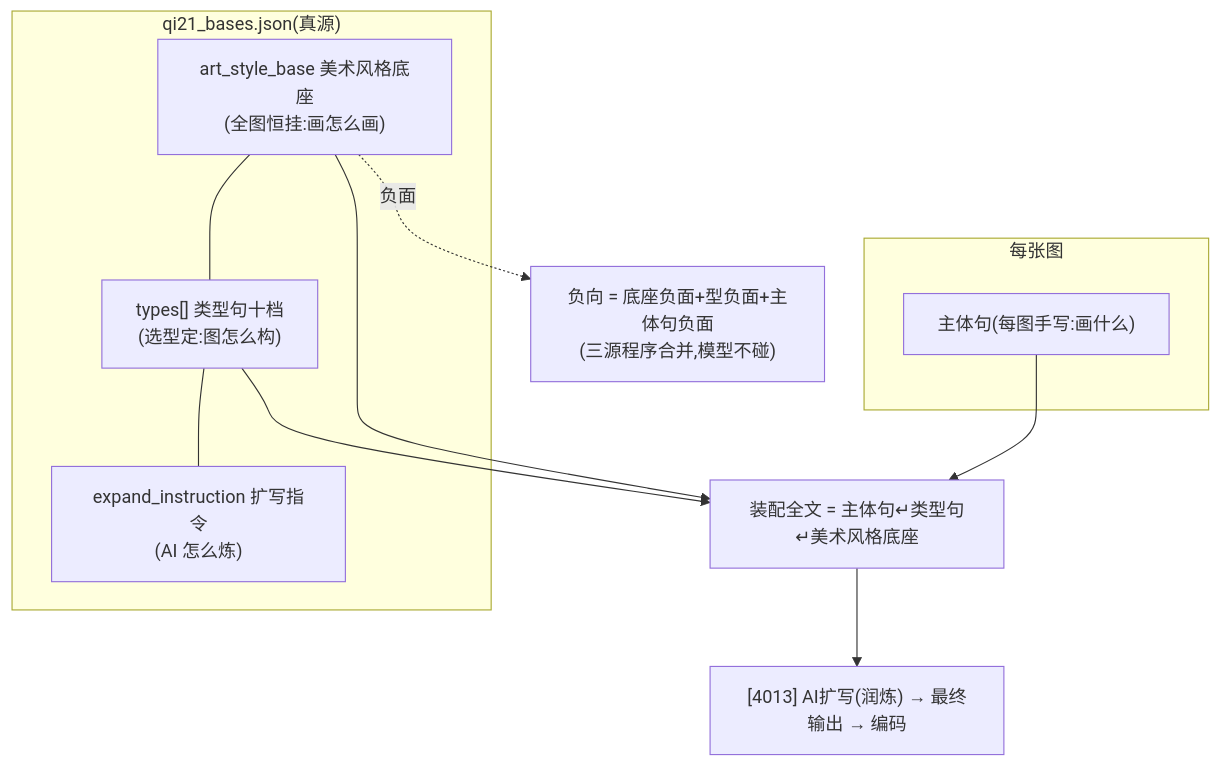
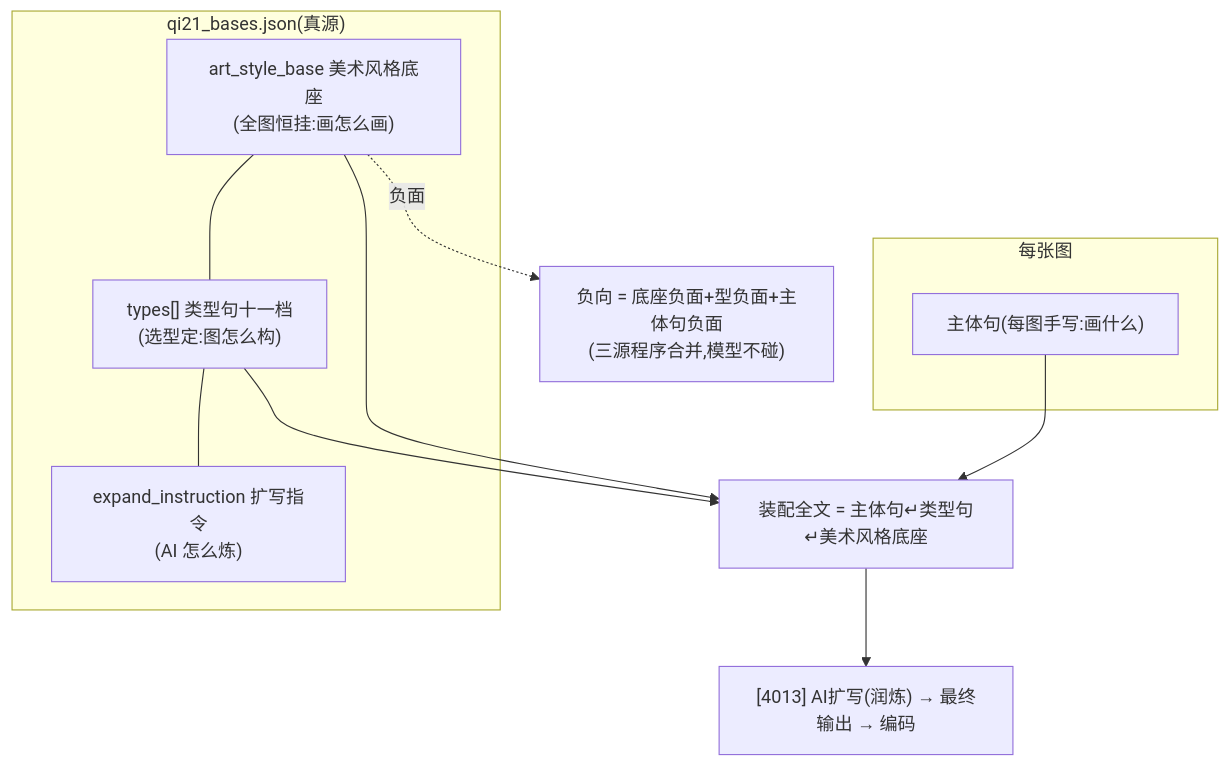
The diagram in apps/frontend/assets/studio-manuals/art_skills/daojie_ink_guofeng/json/README.md (xinzhuzi/MYStudio), drawn with Mermaid before and after one commit. The commit also changed other lines of this file and 18 other files, not shown here.

````diff
--- a/apps/frontend/assets/studio-manuals/art_skills/daojie_ink_guofeng/json/README.md
+++ b/apps/frontend/assets/studio-manuals/art_skills/daojie_ink_guofeng/json/README.md
@@ -61,15 +63,15 @@
 ```mermaid
 graph TB
     subgraph qi21_bases.json["qi21_bases.json(真源)"]
-        A["art_style_base 美术风格底座<br/>(全图恒挂:画怎么画)"] --- B["types[] 类型句十档<br/>(选型定:图怎么构)"]
+        A["art_style_base 美术风格底座<br/>(全图恒挂:画怎么画)"] --- B["types[] 类型句十一档<br/>(选型定:图怎么构)"]
         B --- C["expand_instruction 扩写指令<br/>(AI 怎么炼)"]
     end
     subgraph 每张图
         S["主体句(每图手写:画什么)"]
     end
     A --> P["装配全文 = 主体句↵类型句↵美术风格底座"]
     B --> P
     S --> P
     P --> E["[4013] AI扩写(润炼) → 最终输出 → 编码"]
     A -.->|"负面"| NEG["负向 = 底座负面+型负面+主体句负面<br/>(三源程序合并,模型不碰)"]
 ```
````
